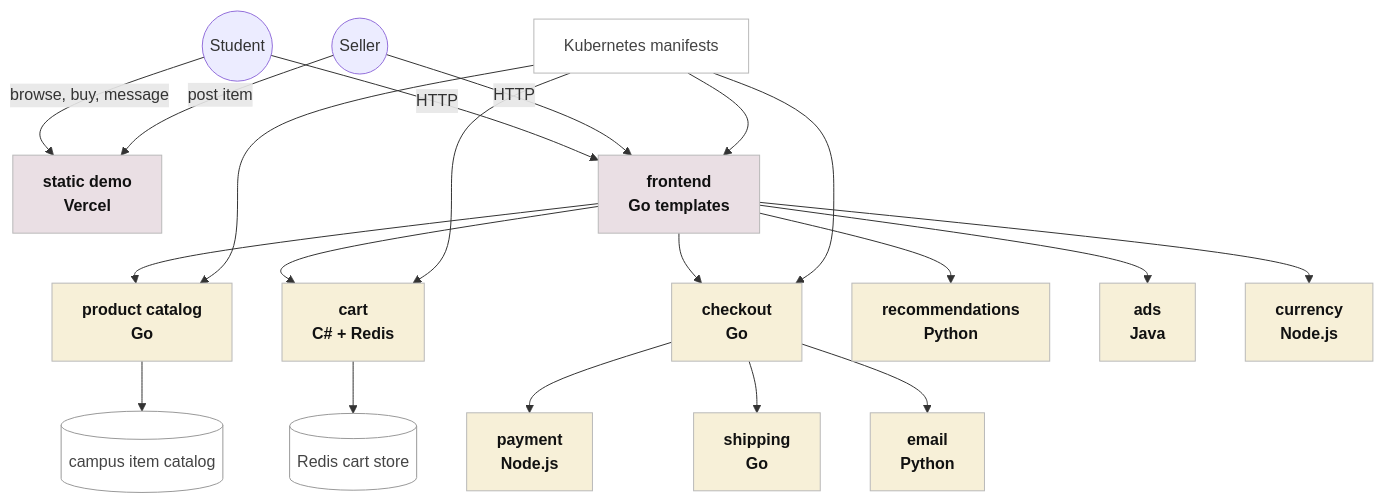
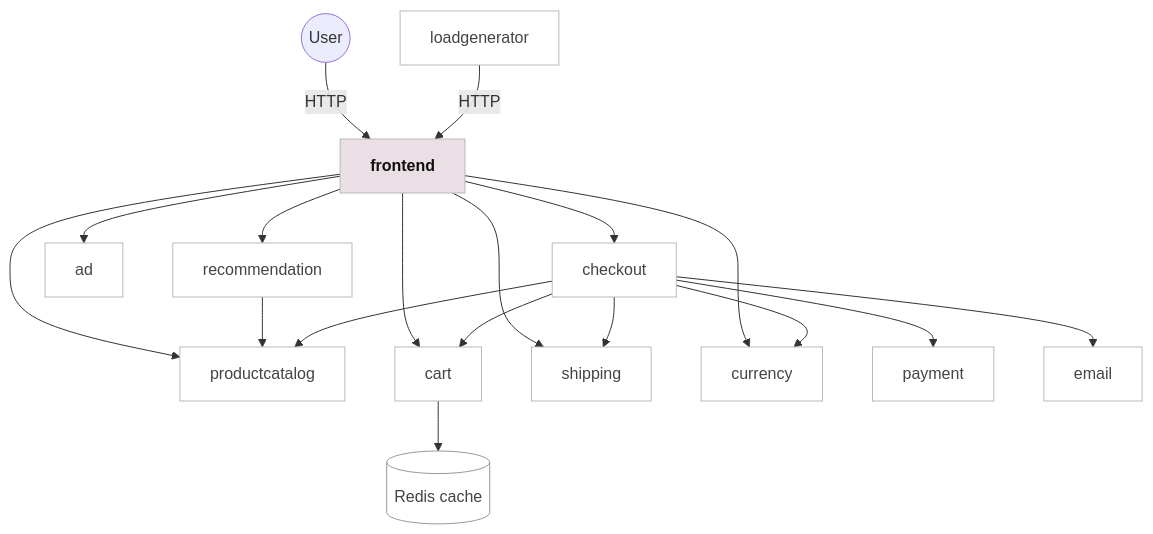
Before and after one commit to Ruoxi-0812/CampusLoop: the diagram in README.md, drawn with Mermaid.

Commit message:
Simplify README architecture diagram

````diff
--- a/README.md
+++ b/README.md
@@ -11,50 +11,44 @@
 ```mermaid
 flowchart TB
-  Student((Student))
-  Seller((Seller))
-  Demo["static demo\nVercel"]
-  Frontend["frontend\nGo templates"]
-  Catalog["product catalog\nGo"]
-  Cart["cart\nC# + Redis"]
-  Checkout["checkout\nGo"]
-  Payment["payment\nNode.js"]
-  Shipping["shipping\nGo"]
-  Email["email\nPython"]
-  Recommendation["recommendations\nPython"]
-  Ads["ads\nJava"]
-  Currency["currency\nNode.js"]
-  Products[("campus item catalog")]
-  Redis[("Redis cart store")]
-  K8s["Kubernetes manifests"]
+  User((User))
+  Load["loadgenerator"]
+  Frontend["frontend"]
+  Checkout["checkout"]
+  Ad["ad"]
+  Recommendation["recommendation"]
+  Catalog["productcatalog"]
+  Cart["cart"]
+  Redis[("Redis cache")]
+  Shipping["shipping"]
+  Currency["currency"]
+  Payment["payment"]
+  Email["email"]
 
-  Student -->|browse, buy, message| Demo
-  Seller -->|post item| Demo
-  Student -->|HTTP| Frontend
-  Seller -->|HTTP| Frontend
+  User -->|HTTP| Frontend
+  Load -->|HTTP| Frontend
 
+  Frontend --> Ad
+  Frontend --> Recommendation
   Frontend --> Catalog
   Frontend --> Cart
   Frontend --> Checkout
-  Frontend --> Recommendation
-  Frontend --> Ads
+  Frontend --> Shipping
   Frontend --> Currency
 
-  Catalog --> Products
+  Recommendation --> Catalog
   Cart --> Redis
+
+  Checkout --> Catalog
+  Checkout --> Cart
+  Checkout --> Shipping
+  Checkout --> Currency
   Checkout --> Payment
-  Checkout --> Shipping
   Checkout --> Email
-  K8s --> Frontend
-  K8s --> Catalog
-  K8s --> Cart
-  K8s --> Checkout
 
   classDef frontend fill:#eadfe4,stroke:#b9b9b9,color:#111,font-weight:bold;
-  classDef backend fill:#f7f0d8,stroke:#b9b9b9,color:#111,font-weight:bold;
   classDef service fill:#ffffff,stroke:#b9b9b9,color:#444;
   classDef datastore fill:#ffffff,stroke:#999,color:#444;
-  class Demo,Frontend frontend;
-  class Catalog,Cart,Checkout,Payment,Shipping,Email,Recommendation,Ads,Currency backend;
-  class K8s service;
-  class Products,Redis datastore;
+  class Frontend frontend;
+  class Load,Checkout,Ad,Recommendation,Catalog,Cart,Shipping,Currency,Payment,Email service;
+  class Redis datastore;
 ```
````
